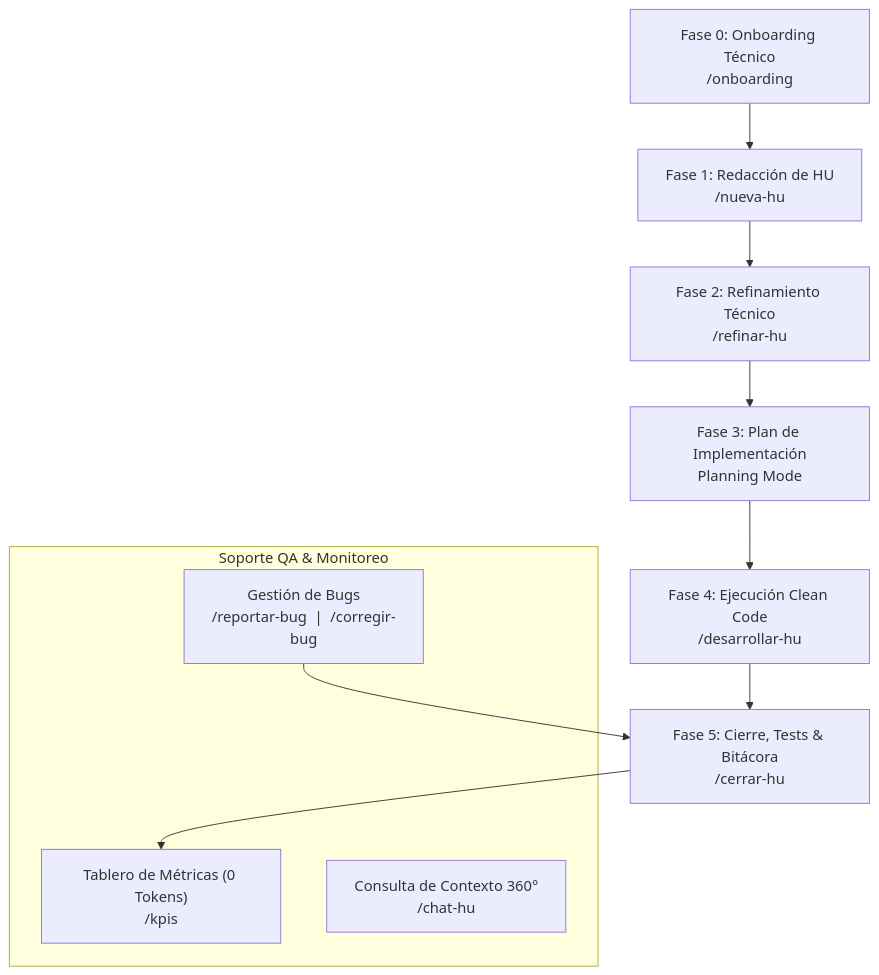
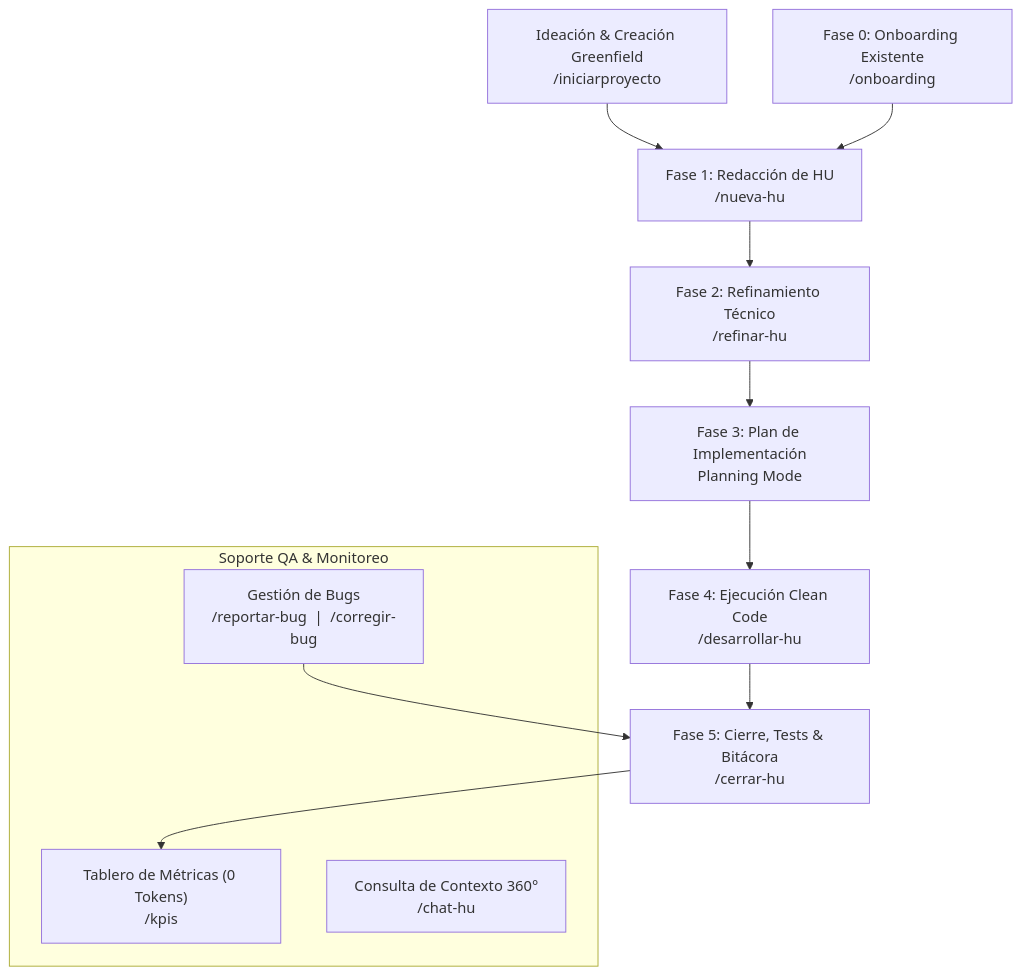
One commit to DanielHernandez627/skill_auto_management changed the diagram in README.md. Above: the diagram before and after it, drawn with Mermaid. The commit also changed other lines of this file and 9 other files, not shown here.

````diff
--- a/README.md
+++ b/README.md
@@ -20,17 +20,18 @@
 ```mermaid
 graph TD
-    F0["Fase 0: Onboarding Técnico\n/onboarding"] --> F1["Fase 1: Redacción de HU\n/nueva-hu"]
+    FG["Ideación & Creación Greenfield\n/iniciarproyecto"] --> F1["Fase 1: Redacción de HU\n/nueva-hu"]
+    F0["Fase 0: Onboarding Existente\n/onboarding"] --> F1
     F1 --> F2["Fase 2: Refinamiento Técnico\n/refinar-hu"]
     F2 --> F3["Fase 3: Plan de Implementación\nPlanning Mode"]
     F3 --> F4["Fase 4: Ejecución Clean Code\n/desarrollar-hu"]
     F4 --> F5["Fase 5: Cierre, Tests & Bitácora\n/cerrar-hu"]
     
     subgraph Soporte QA & Monitoreo
         BUG["Gestión de Bugs\n/reportar-bug  |  /corregir-bug"]
         KPI["Tablero de Métricas (0 Tokens)\n/kpis"]
         CHAT["Consulta de Contexto 360°\n/chat-hu"]
     end
 
     F5 --> KPI
     BUG --> F5
 ```
````
